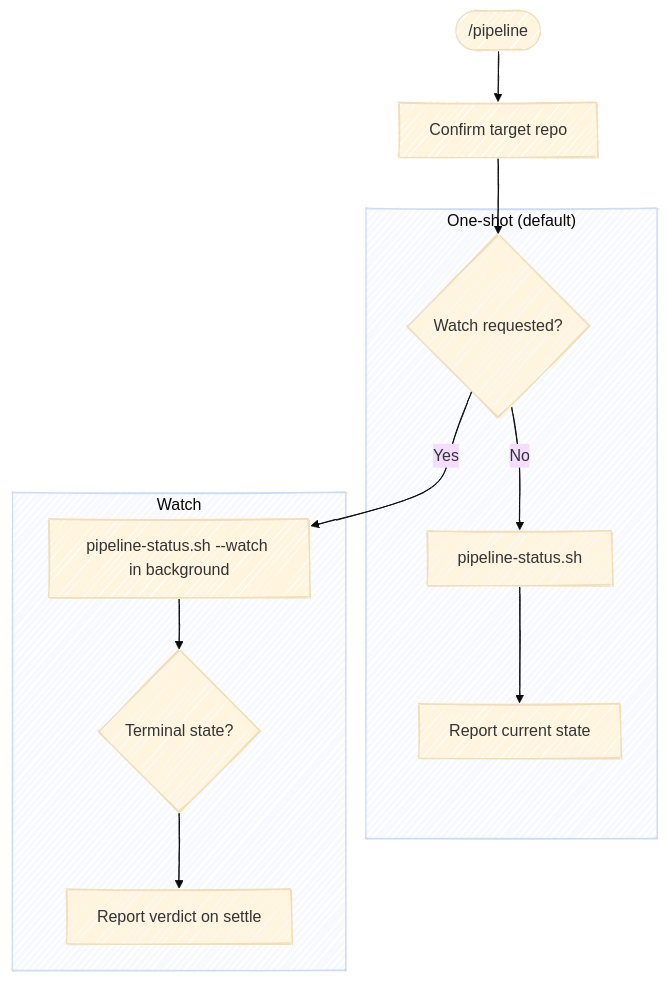
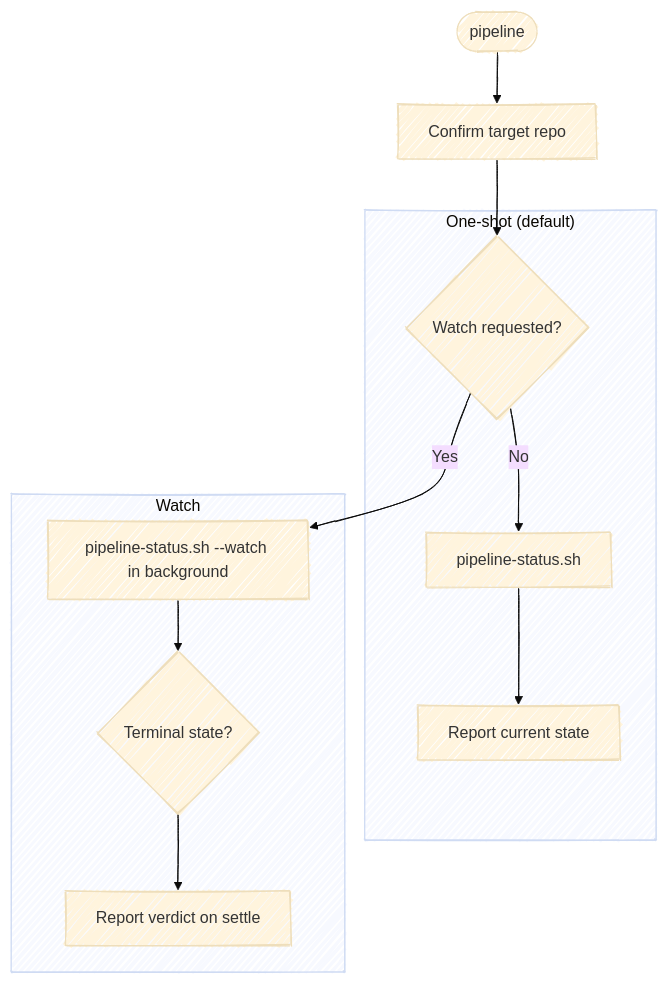
One commit to chris-peterson/anchor changed the diagram in skills/pipeline/SKILL.md. Above: the diagram before and after it, drawn with Mermaid (base theme). The commit also changed other lines of this file and 38 other files, not shown here.

````diff
--- a/skills/pipeline/SKILL.md
+++ b/skills/pipeline/SKILL.md
@@ -27,17 +31,17 @@
 ```mermaid
 %%{ init: { 'look': 'handDrawn' } }%%
 flowchart TD
-    Start(["/pipeline"]) --> Repo["Confirm target repo"]
+    Start(["pipeline"]) --> Repo["Confirm target repo"]
     Repo --> Mode{Watch requested?}
 
     subgraph once["One-shot (default)"]
         Mode -->|No| Once["pipeline-status.sh"]
         Once --> ReportA["Report current state"]
     end
 
     subgraph watch["Watch"]
         Mode -->|Yes| Watch["pipeline-status.sh --watch in background"]
         Watch --> Settle{Terminal state?}
         Settle --> ReportB["Report verdict on settle"]
     end
 ```
````
